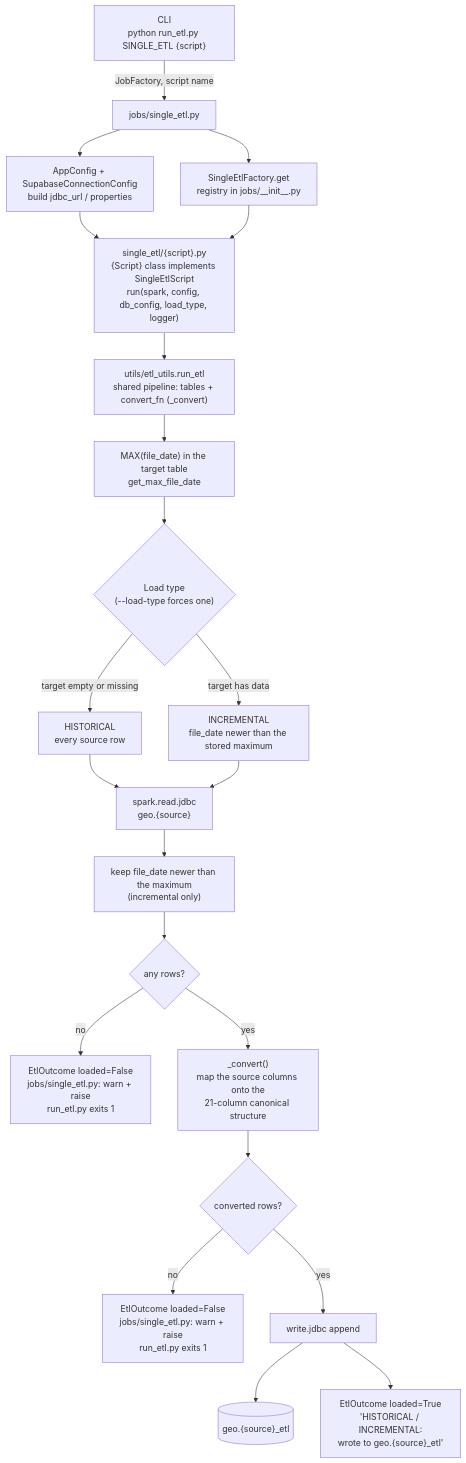
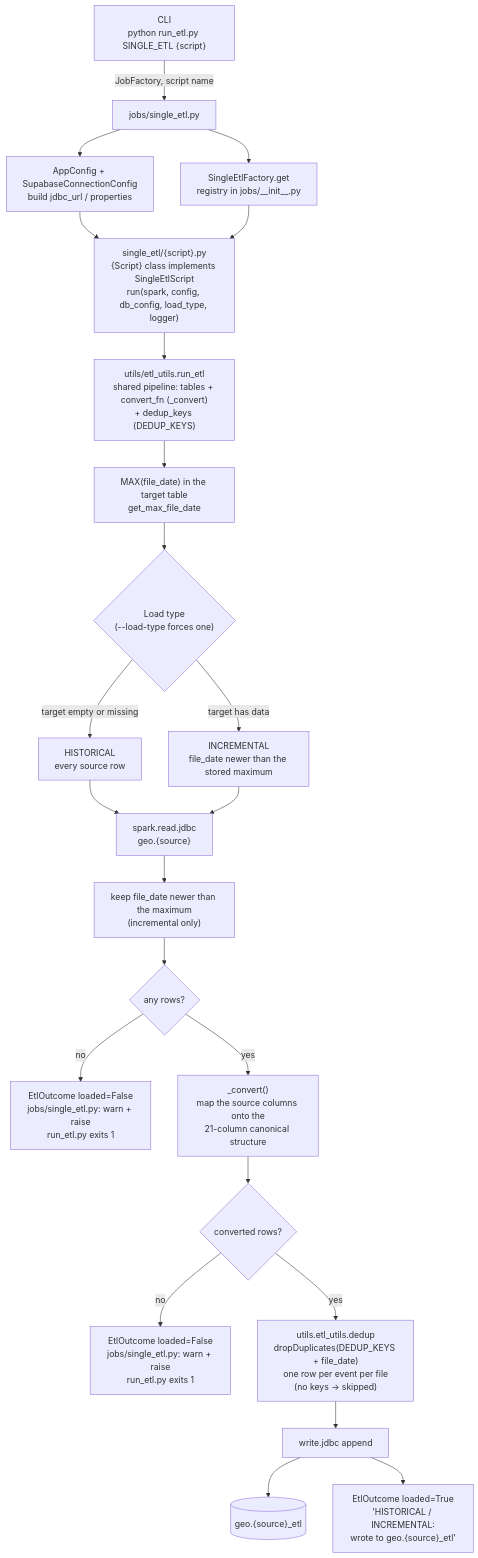
One commit to kaluzny1995/GEO_ETL changed the diagram in docs/etl_jobs/single-etl.md. Above: the diagram before and after it, drawn with Mermaid. The commit also changed other lines of this file and 20 other files, not shown here.

````diff
--- a/docs/etl_jobs/single-etl.md
+++ b/docs/etl_jobs/single-etl.md
@@ -7,24 +7,25 @@
 ```mermaid
 flowchart TD
     CLI["CLI<br/>python run_etl.py SINGLE_ETL {script}"] -->|JobFactory, script name| JOB["jobs/single_etl.py"]
     JOB --> CFG["AppConfig + SupabaseConnectionConfig<br/>build jdbc_url / properties"]
     JOB --> FACT["SingleEtlFactory.get<br/>registry in jobs/__init__.py"]
     CFG --> SCRIPT["single_etl/{script}.py<br/>{Script} class implements SingleEtlScript<br/>run(spark, config, db_config, load_type, logger)"]
     FACT --> SCRIPT
-    SCRIPT --> RUN["utils/etl_utils.run_etl<br/>shared pipeline: tables + convert_fn (_convert)"]
+    SCRIPT --> RUN["utils/etl_utils.run_etl<br/>shared pipeline: tables + convert_fn (_convert)<br/>+ dedup_keys (DEDUP_KEYS)"]
     RUN --> MAX["MAX(file_date) in the target table<br/>get_max_file_date"]
     MAX --> LT{"Load type<br/>(--load-type forces one)"}
     LT -->|"target empty or missing"| H["HISTORICAL<br/>every source row"]
     LT -->|"target has data"| I["INCREMENTAL<br/>file_date newer than the stored maximum"]
     H --> READ["spark.read.jdbc<br/>geo.{source}"]
     I --> READ
     READ --> FILTER["keep file_date newer than the maximum<br/>(incremental only)"]
     FILTER --> EMPTY{"any rows?"}
     EMPTY -->|"no"| SKIP["EtlOutcome loaded=False<br/>jobs/single_etl.py: warn + raise<br/>run_etl.py exits 1"]
     EMPTY -->|"yes"| CV["_convert()<br/>map the source columns onto the<br/>21-column canonical structure"]
     CV --> EMPTY2{"converted rows?"}
     EMPTY2 -->|"no"| SKIP2["EtlOutcome loaded=False<br/>jobs/single_etl.py: warn + raise<br/>run_etl.py exits 1"]
-    EMPTY2 -->|"yes"| WRITE["write.jdbc append"]
+    EMPTY2 -->|"yes"| DEDUP["utils.etl_utils.dedup<br/>dropDuplicates(DEDUP_KEYS + file_date)<br/>one row per event per file<br/>(no keys → skipped)"]
+    DEDUP --> WRITE["write.jdbc append"]
     WRITE --> DB[("geo.{source}_etl")]
     WRITE --> OK["EtlOutcome loaded=True<br/>'HISTORICAL / INCREMENTAL:<br/>wrote to geo.{source}_etl'"]
 ```
````
